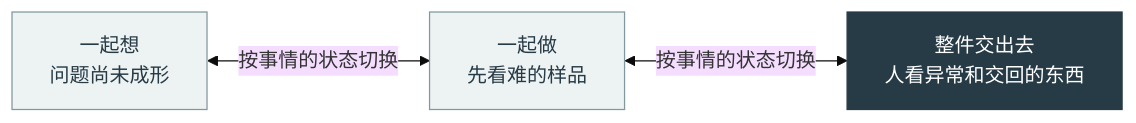
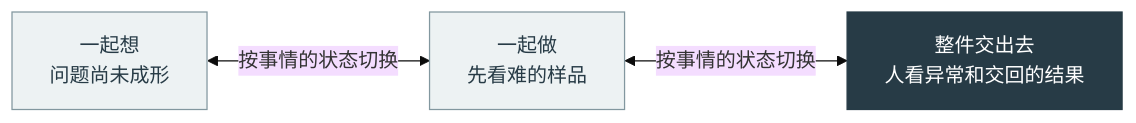
The diagram in diagrams/collaboration.mmd (HengYangDS/rethinking-work), drawn with Mermaid (base theme) before and after one commit. The commit also changed 1 other file, not shown here.

Commit message:
fix(diagrams): two words deferred from the 0.2.5 reading
Figure 1 says 「有人真正在用」, as its caption says 「真正使用」; figure 6 says 「人看异常和交回的结果」, as the text says 「交回的结果」. Both rendered and looked at; the book's pages do not move.

```diff
--- a/diagrams/collaboration.mmd
+++ b/diagrams/collaboration.mmd
@@ -1,7 +1,7 @@
 flowchart LR
   A["一起想<br/>问题尚未成形"] <-->|"按事情的状态切换"| B["一起做<br/>先看难的样品"]
-  B <-->|"按事情的状态切换"| C["整件交出去<br/>人看异常和交回的东西"]
+  B <-->|"按事情的状态切换"| C["整件交出去<br/>人看异常和交回的结果"]
   classDef current fill:#edf2f3,stroke:#82979f,color:#273b46,stroke-width:1px;
   classDef focus fill:#273b46,stroke:#273b46,color:#ffffff,stroke-width:1px;
   class A,B current;
   class C focus;
```
